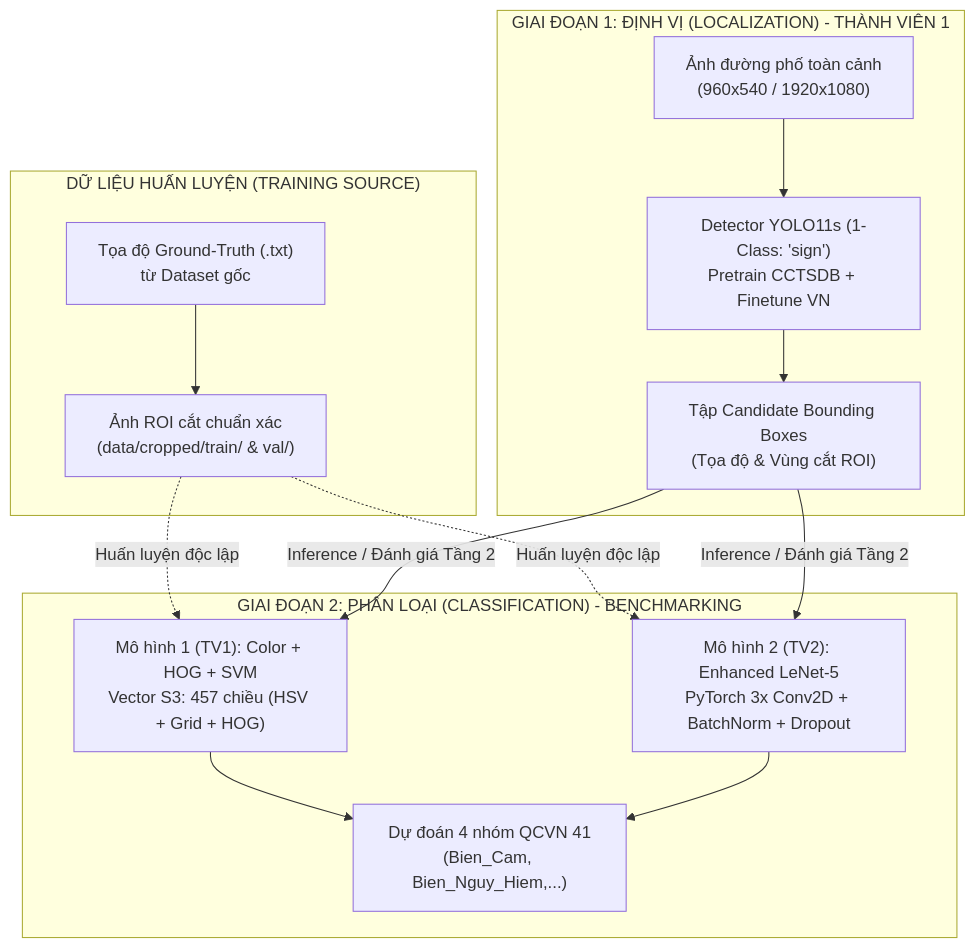
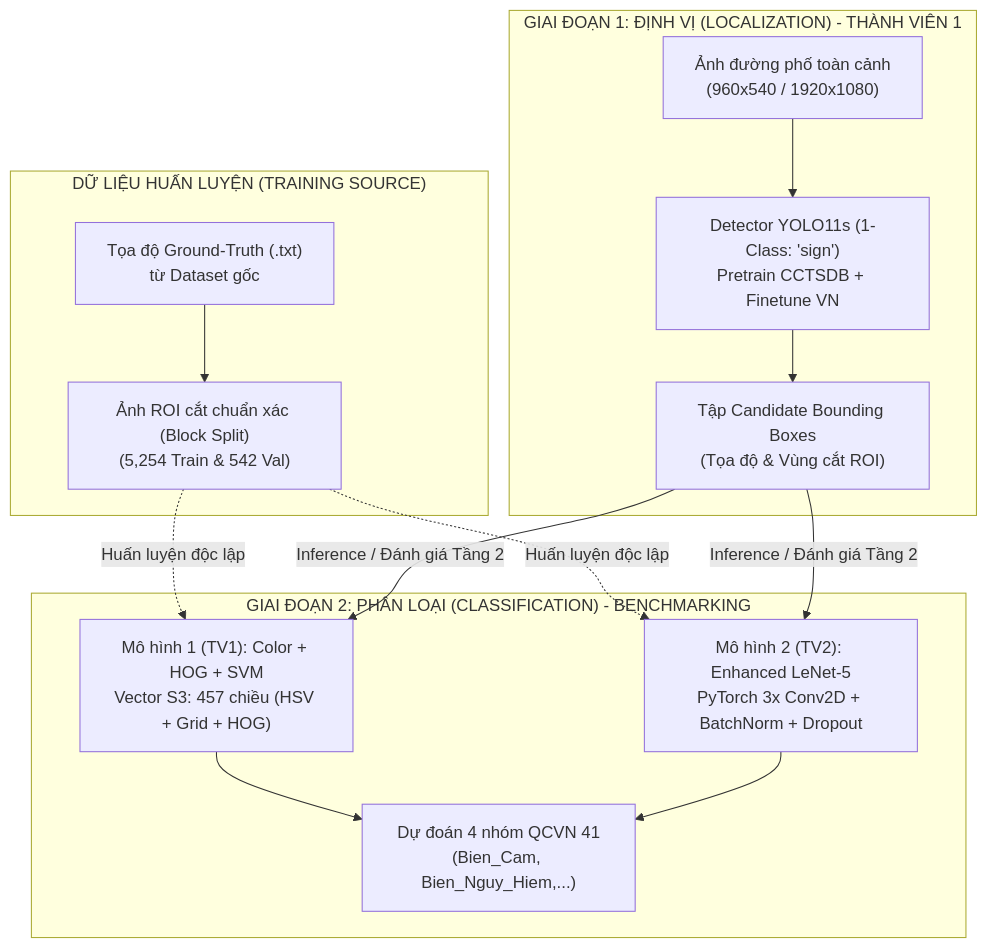
The diagram in README.md (ThanhTan2k6/traffic-sign-classification), drawn with Mermaid before and after one commit. The commit also changed other lines of this file and 11 other files, not shown here.

Commit message:
feat(dataset): unify on Block Split (0% data leakage), retrain LeNet-5 to 99.8% val acc, update all benchmark reports

````diff
--- a/README.md
+++ b/README.md
@@ -47,22 +48,22 @@
 ```mermaid
 flowchart TD
     subgraph STAGE_1 ["GIAI ĐOẠN 1: ĐỊNH VỊ (LOCALIZATION) - THÀNH VIÊN 1"]
         A["Ảnh đường phố toàn cảnh<br/>(960x540 / 1920x1080)"] --> B["Detector YOLO11s (1-Class: 'sign')<br/>Pretrain CCTSDB + Finetune VN"]
         B --> C["Tập Candidate Bounding Boxes<br/>(Tọa độ & Vùng cắt ROI)"]
     end
 
     subgraph TRAINING_SOURCE ["DỮ LIỆU HUẤN LUYỆN (TRAINING SOURCE)"]
-        GT["Tọa độ Ground-Truth (.txt)<br/>từ Dataset gốc"] --> CROPS["Ảnh ROI cắt chuẩn xác<br/>(data/cropped/train/ & val/)"]
+        GT["Tọa độ Ground-Truth (.txt)<br/>từ Dataset gốc"] --> CROPS["Ảnh ROI cắt chuẩn xác (Block Split)<br/>(5,254 Train & 542 Val)"]
     end
 
     subgraph STAGE_2 ["GIAI ĐOẠN 2: PHÂN LOẠI (CLASSIFICATION) - BENCHMARKING"]
         CROPS -.->|Huấn luyện độc lập| M1["Mô hình 1 (TV1): Color + HOG + SVM<br/>Vector S3: 457 chiều (HSV + Grid + HOG)"]
         CROPS -.->|Huấn luyện độc lập| M2["Mô hình 2 (TV2): Enhanced LeNet-5<br/>PyTorch 3x Conv2D + BatchNorm + Dropout"]
         
         C -->|Inference / Đánh giá Tầng 2| M1
         C -->|Inference / Đánh giá Tầng 2| M2
         
         M1 --> D["Dự đoán 4 nhóm QCVN 41<br/>(Bien_Cam, Bien_Nguy_Hiem,...)"]
         M2 --> D
     end
 ```
````
